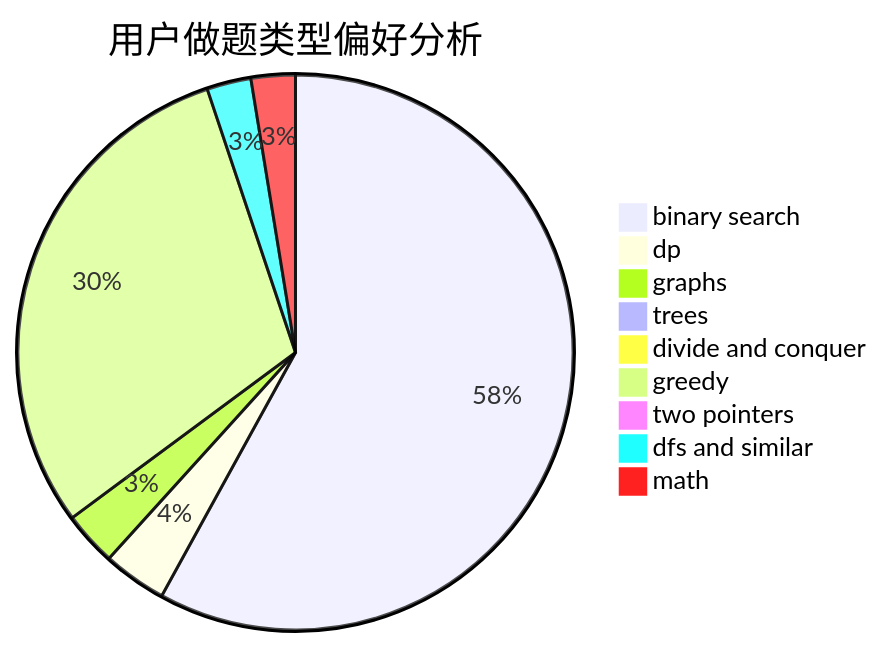
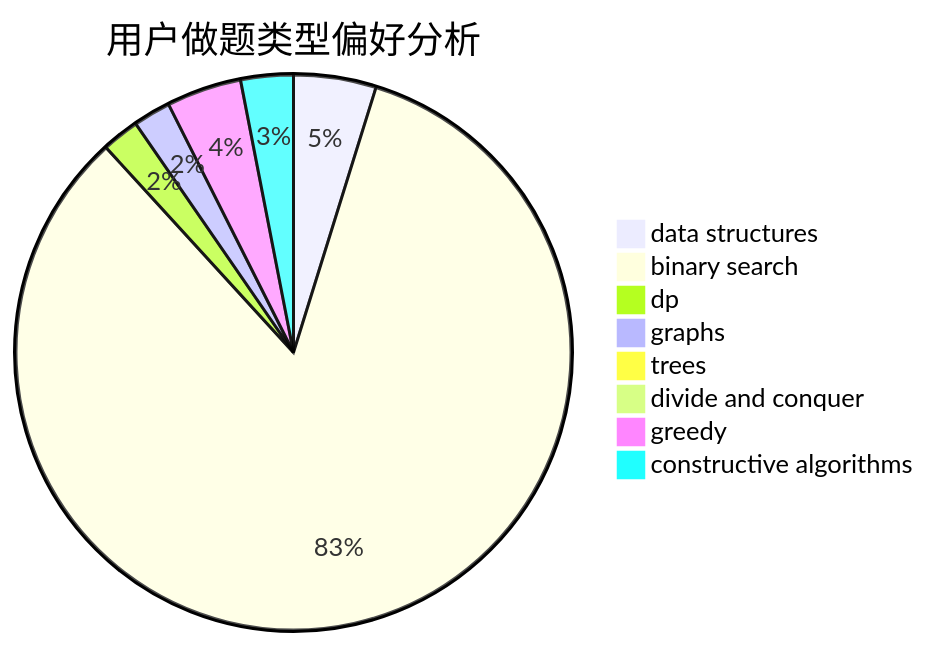
One commit to sherpahu/cfrs.github.io changed the second of 3 diagrams in docs/user/u2154.md. Above: the diagram before and after it, drawn with Mermaid. The commit also changed other lines of this file and 2775 other files, not shown here.

````diff
--- a/docs/user/u2154.md
+++ b/docs/user/u2154.md
@@ -23,12 +23,11 @@
 ```mermaid
 pie title 用户做题类型偏好分析
-    "binary search" :  203
-    "dp" :  13
-    "graphs" :  11
+    "data structures" :  11
+    "binary search" :  191
+    "dp" :  5
+    "graphs" :  5
     "trees" :  0
     "divide and conquer" :  0
-    "greedy" :  105
-    "two pointers" :  0
-    "dfs and similar" :  9
-    "math" :  9
+    "greedy" :  10
+    "constructive algorithms" :  7
 ```
````
